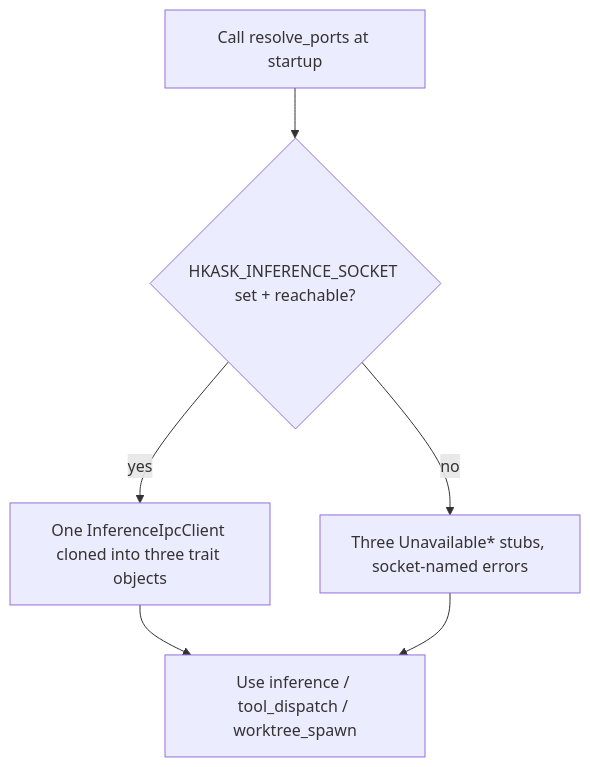
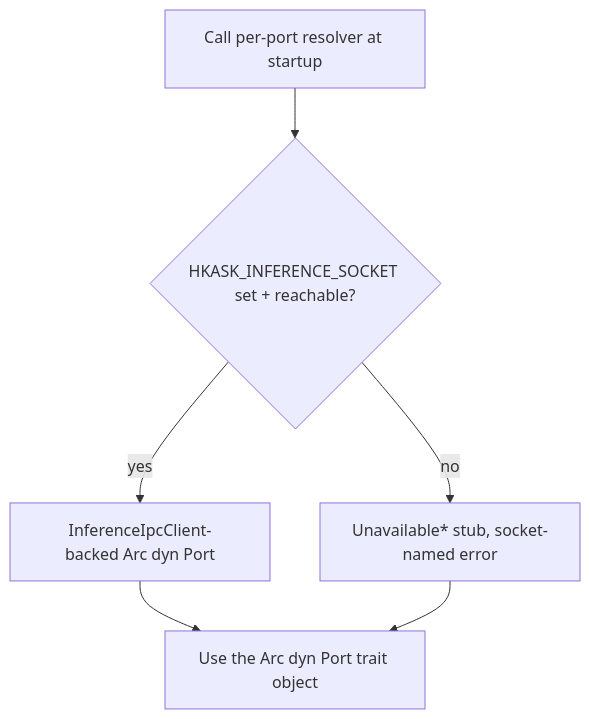
One commit to mdz-axo/zed-kask changed the first of 2 diagrams in kask/docs/diataxis/hkask-inference/how-to.md. Above: the diagram before and after it, drawn with Mermaid. The commit also changed other lines of this file and 18 other files, not shown here.

````diff
--- a/kask/docs/diataxis/hkask-inference/how-to.md
+++ b/kask/docs/diataxis/hkask-inference/how-to.md
@@ -54,8 +54,8 @@
 ```mermaid
 flowchart TD
-    A[Call resolve_ports at startup] --> B{HKASK_INFERENCE_SOCKET set + reachable?}
-    B -- yes --> C[One InferenceIpcClient cloned into three trait objects]
-    B -- no --> D[Three Unavailable* stubs, socket-named errors]
-    C --> E[Use inference / tool_dispatch / worktree_spawn]
+    A[Call per-port resolver at startup] --> B{HKASK_INFERENCE_SOCKET set + reachable?}
+    B -- yes --> C[InferenceIpcClient-backed Arc dyn Port]
+    B -- no --> D[Unavailable* stub, socket-named error]
+    C --> E[Use the Arc dyn Port trait object]
     D --> E
 ```
````
